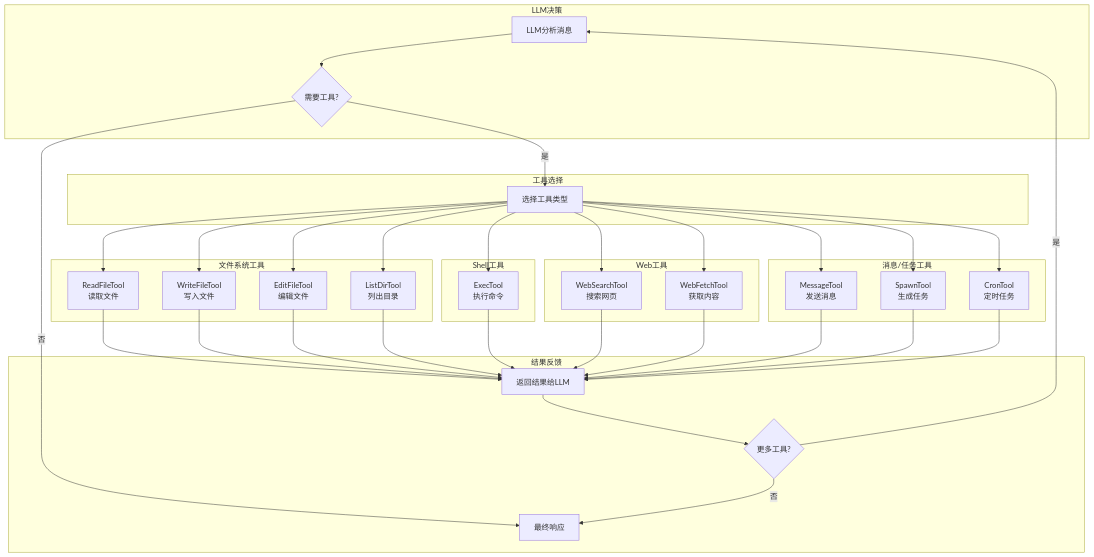
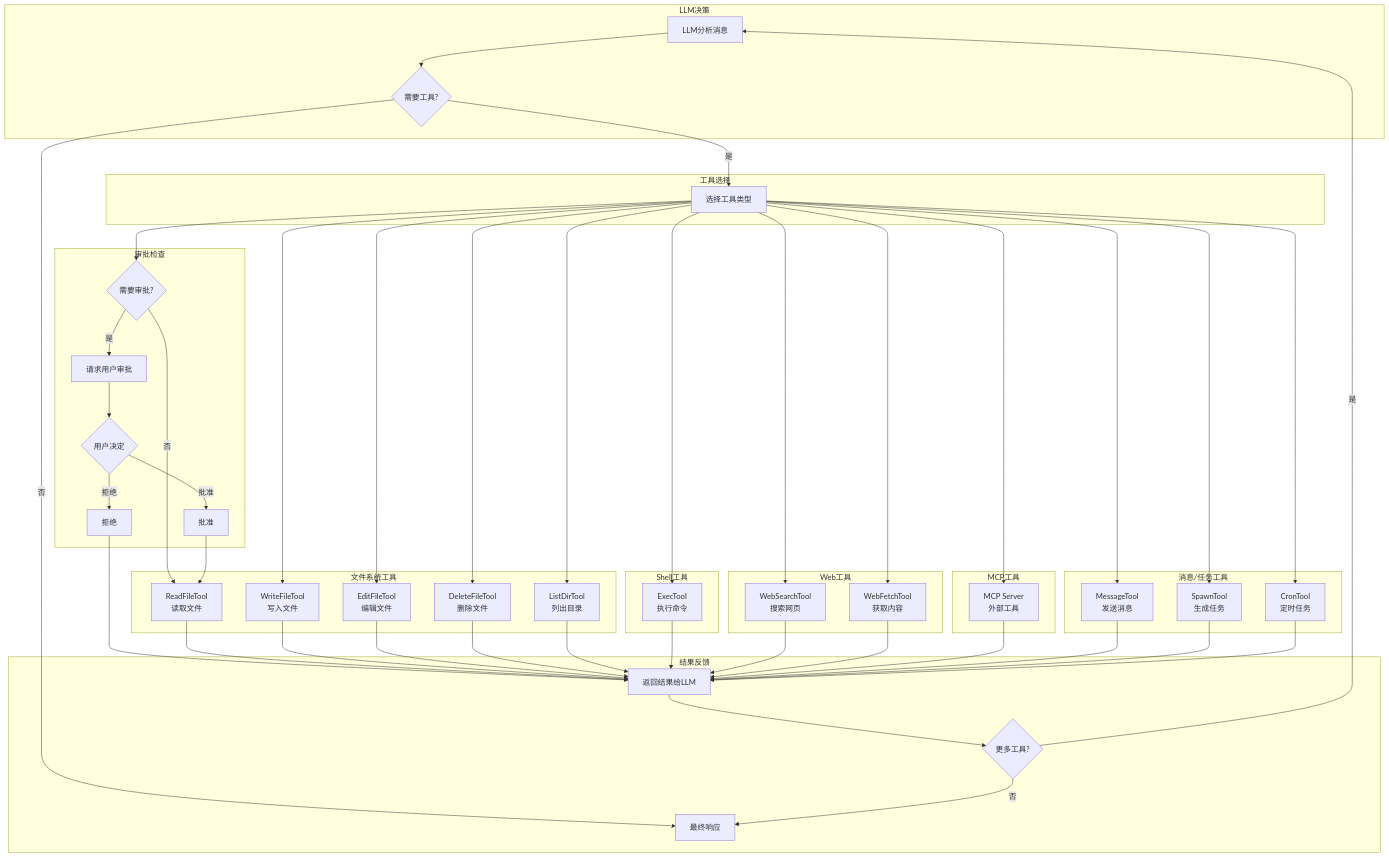
The fourth of 16 diagrams in docs/GATEWAY_MERMAID.md (rzx007/nanobot-ts), drawn with Mermaid before and after one commit. The commit also changed other lines of this file and 5 other files, not shown here.

```diff
--- a/docs/GATEWAY_MERMAID.md
+++ b/docs/GATEWAY_MERMAID.md
@@ -226,10 +232,19 @@
         C[选择工具类型]
     end
 
+    subgraph 审批检查 [审批检查]
+        Check{需要审批?}
+        Request[请求用户审批]
+        UserDec{用户决定}
+        Approve[批准]
+        Deny[拒绝]
+    end
+
     subgraph 文件工具 [文件系统工具]
         RFT[ReadFileTool<br/>读取文件]
         WFT[WriteFileTool<br/>写入文件]
         EFT[EditFileTool<br/>编辑文件]
+        DFT[DeleteFileTool<br/>删除文件]
         LDT[ListDirTool<br/>列出目录]
     end
 
@@ -240,6 +255,10 @@
     subgraph Web工具 [Web工具]
         WST[WebSearchTool<br/>搜索网页]
         WFT2[WebFetchTool<br/>获取内容]
+    end
+
+    subgraph MCP工具 [MCP工具]
+        MCP[MCP Server<br/>外部工具]
     end
 
     subgraph 消息工具 [消息/任务工具]
@@ -258,13 +277,25 @@
     B -->|是| C
     B -->|否| F
 
-    C --> RFT
+    C --> Check
+    Check -->|是| Request
+    Check -->|否| RFT
+
+    Request --> UserDec
+    UserDec -->|批准| Approve
+    UserDec -->|拒绝| Deny
+
+    Approve --> RFT
+    Deny --> D
+
     C --> WFT
     C --> EFT
+    C --> DFT
     C --> LDT
     C --> ET
     C --> WST
     C --> WFT2
+    C --> MCP
     C --> MT
     C --> SPT
     C --> CT
@@ -272,10 +303,12 @@
     RFT --> D
     WFT --> D
     EFT --> D
+    DFT --> D
     LDT --> D
     ET --> D
     WST --> D
     WFT2 --> D
+    MCP --> D
     MT --> D
     SPT --> D
     CT --> D
```
